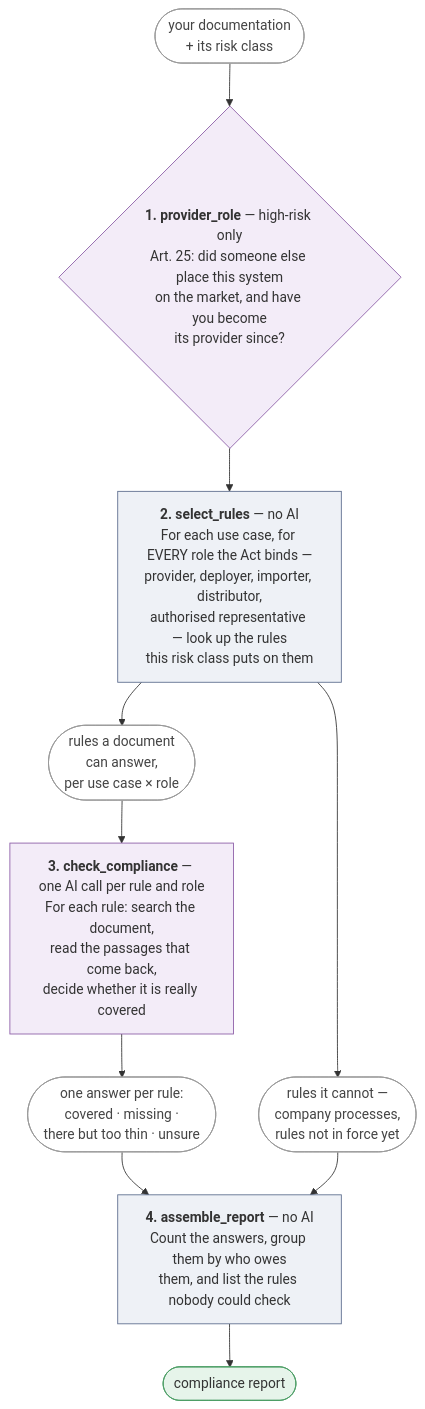
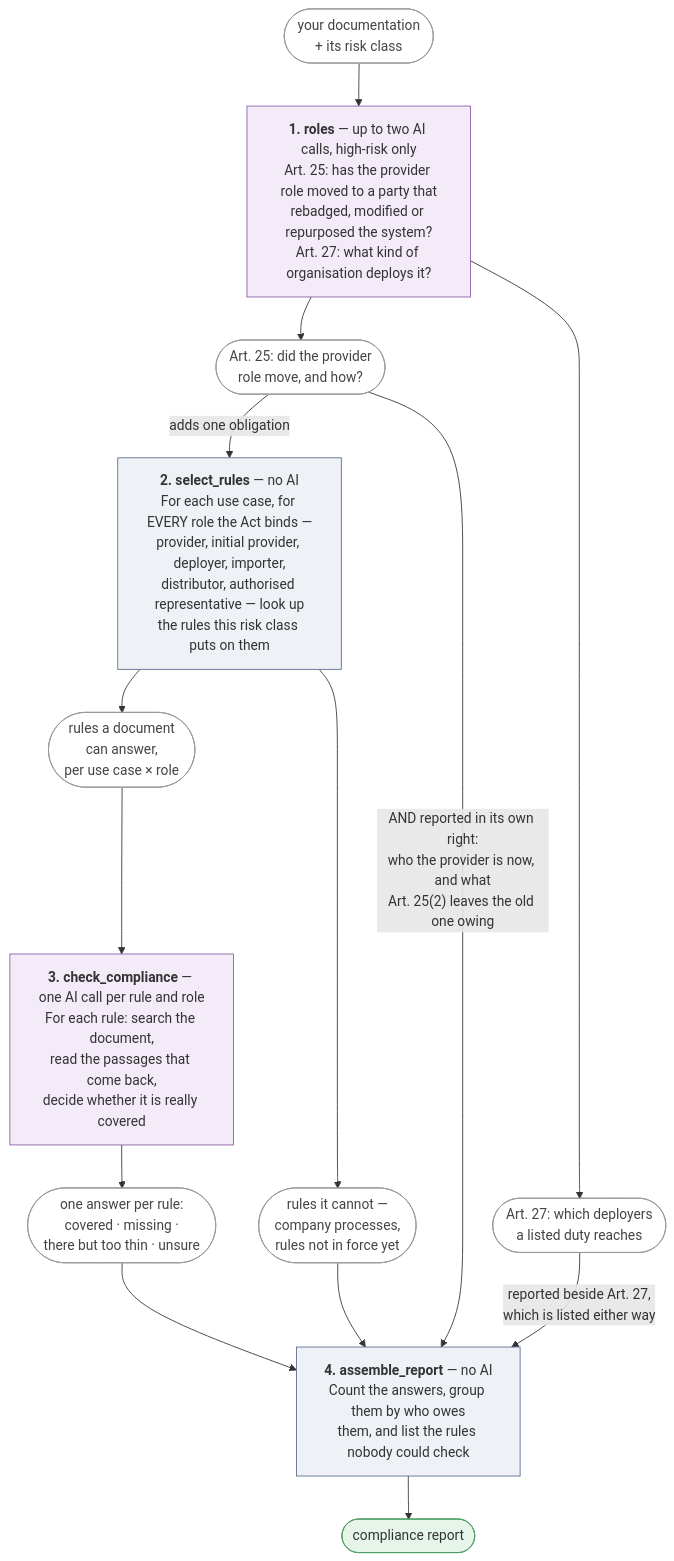
One commit to vidibro/ai-act-compliance-agent changed the second of 2 diagrams in README.md. Above: the diagram before and after it, drawn with Mermaid. The commit also changed other lines of this file and 2 other files, not shown here.

Commit message:
Document the role questions, the Art. 25(2) duty and the parties a card should name

````diff
--- a/README.md
+++ b/README.md
@@ -250,23 +252,27 @@
 ```mermaid
 flowchart TD
-    IN([your documentation<br/>+ its risk class]):::data --> A25
+    IN([your documentation<br/>+ its risk class]):::data --> ROLES
 
-    A25{"<b>1. provider_role</b> — high-risk only<br/>Art. 25: did someone else place this system<br/>on the market, and have you become<br/>its provider since?"}:::model
-    A25 --> SEL
+    ROLES["<b>1. roles</b> — up to two AI calls, high-risk only<br/>Art. 25: has the provider role moved to a party that<br/>rebadged, modified or repurposed the system?<br/>Art. 27: what kind of organisation deploys it?"]:::model
+    ROLES --> MOVED([Art. 25: did the provider<br/>role move, and how?]):::data
+    ROLES --> WHO([Art. 27: which deployers<br/>a listed duty reaches]):::data
+    MOVED -->|"adds one obligation"| SEL
 
-    SEL["<b>2. select_rules</b> — no AI<br/>For each use case, for EVERY role the Act binds —<br/>provider, deployer, importer, distributor,<br/>authorised representative — look up the rules<br/>this risk class puts on them"]:::code
+    SEL["<b>2. select_rules</b> — no AI<br/>For each use case, for EVERY role the Act binds —<br/>provider, initial provider, deployer, importer,<br/>distributor, authorised representative — look up<br/>the rules this risk class puts on them"]:::code
     SEL --> CAN([rules a document<br/>can answer,<br/>per use case × role]):::data
     SEL --> CANT([rules it cannot —<br/>company processes,<br/>rules not in force yet]):::data
 
     CAN --> JUD["<b>3. check_compliance</b> — one AI call per rule and role<br/>For each rule: search the document,<br/>read the passages that come back,<br/>decide whether it is really covered"]:::model
     JUD --> V([one answer per rule:<br/>covered · missing ·<br/>there but too thin · unsure]):::data
 
     V --> ASM["<b>4. assemble_report</b> — no AI<br/>Count the answers, group them by who owes<br/>them, and list the rules nobody could check"]:::code
     CANT --> ASM
+    WHO -->|"reported beside Art. 27,<br/>which is listed either way"| ASM
+    MOVED -->|"AND reported in its own right:<br/>who the provider is now, and what<br/>Art. 25(2) leaves the old one owing"| ASM
     ASM --> OUT([compliance report]):::ok
 
     classDef code fill:#eef1f6,stroke:#5b6b8c
     classDef model fill:#f3ecf8,stroke:#8a5ba6
     classDef data fill:#fff,stroke:#999,color:#444
     classDef ok fill:#e6f4ea,stroke:#4a9d63
 ```
````
